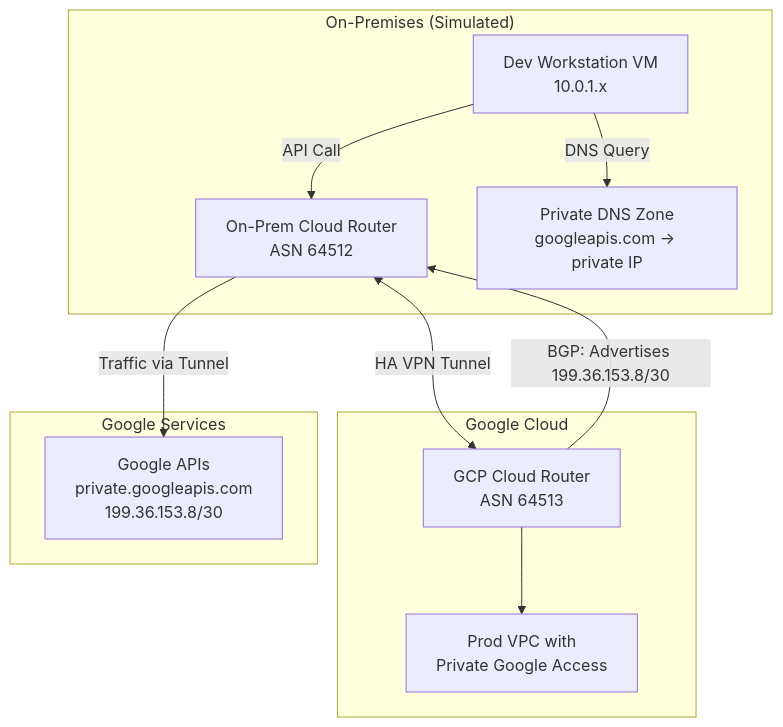
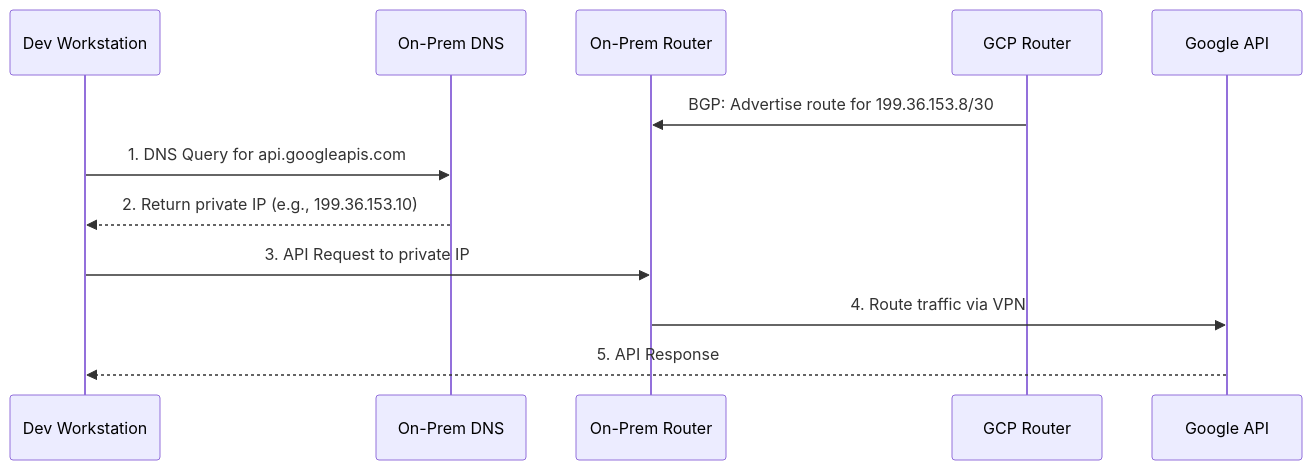
The diagram in README.md (rom2019/gcp-hybrid-network-simulation), drawn with Mermaid before and after one commit.

````diff
--- a/README.md
+++ b/README.md
@@ -19,24 +19,17 @@
 ```mermaid
-graph TD
-    subgraph "On-Premises (Simulated)"
-        OnPremVM["Dev Workstation VM<br>10.0.1.x"]
-        OnPremRouter["On-Prem Cloud Router<br>ASN 64512"]
-        OnPremDNS["Private DNS Zone<br>googleapis.com -> private IP"]
-        OnPremVM -- "API Call" --> OnPremRouter
-        OnPremVM -- "DNS Query" --> OnPremDNS
-    end
+sequenceDiagram
+    participant DevWorkstation as Dev Workstation
+    participant OnPremDNS as On-Prem DNS
+    participant OnPremRouter as On-Prem Router
+    participant GCPRouter as GCP Router
+    participant GoogleAPI as Google API
 
-    subgraph "Google Cloud"
-        GCPRouter["GCP Cloud Router<br>ASN 64513"]
-        PGA["Prod VPC with<br>Private Google Access"]
-        GCPRouter --> PGA
-    end
+    GCPRouter->>OnPremRouter: BGP: Advertise route for 199.36.153.8/30
 
-    subgraph "Google Services"
-        GoogleAPI["Google APIs<br>private.googleapis.com<br>199.36.153.8/30"]
-    end
+    DevWorkstation->>OnPremDNS: 1. DNS Query for api.googleapis.com
+    OnPremDNS-->>DevWorkstation: 2. Return private IP (e.g., 199.36.153.10)
 
-    OnPremRouter -- "HA VPN Tunnel" <--> GCPRouter
-    GCPRouter -- "BGP: Advertises 199.36.153.8/30" --> OnPremRouter
-    OnPremRouter -- "Traffic via Tunnel" --> GoogleAPI
+    DevWorkstation->>OnPremRouter: 3. API Request to private IP
+    OnPremRouter->>GoogleAPI: 4. Route traffic via VPN
+    GoogleAPI-->>DevWorkstation: 5. API Response
 ```
````
